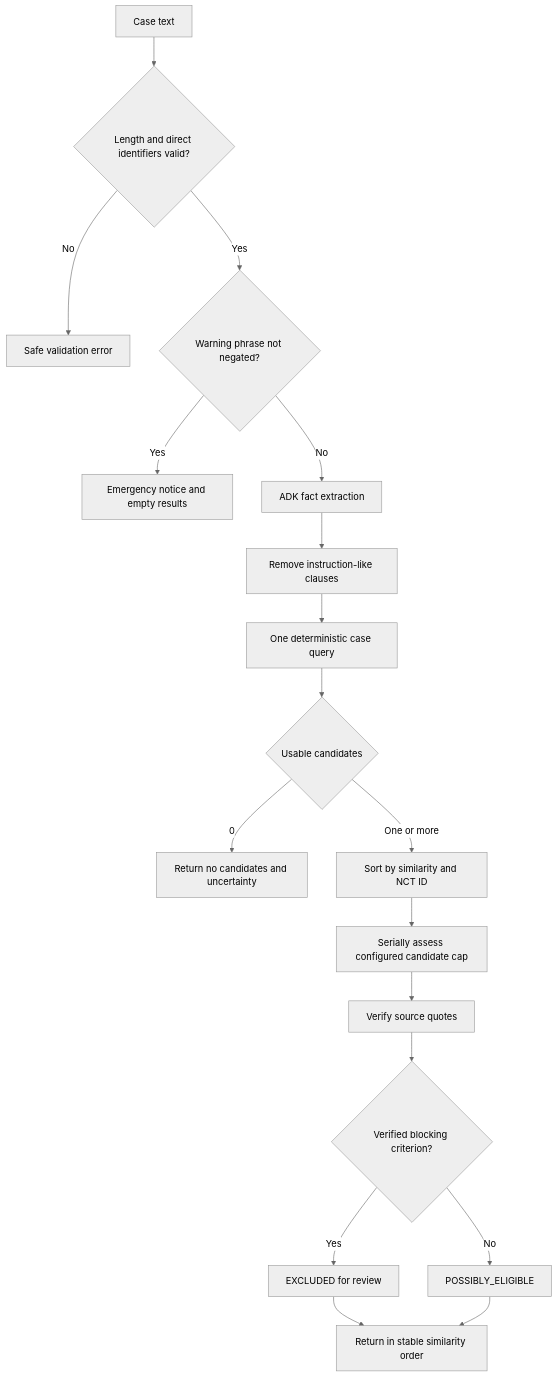
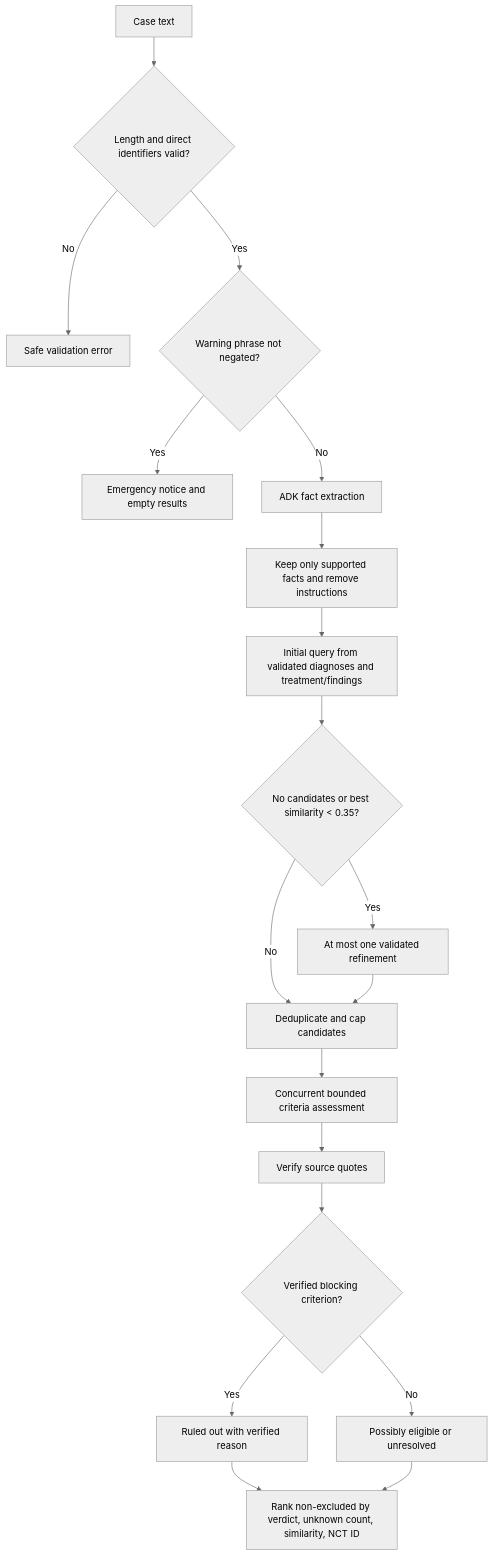
Before and after one commit to Aditya190704/CLINICAL-TRIAL-RAG-: the third of 5 diagrams in ARCHITECTURE.md, drawn with Mermaid (neutral theme). The commit also changed other lines of this file and 34 other files, not shown here.

````diff
--- a/ARCHITECTURE.md
+++ b/ARCHITECTURE.md
@@ -100,20 +108,21 @@
 ```mermaid
 flowchart TD
     CASE[Case text] --> VALID{Length and direct identifiers valid?}
     VALID -->|No| ERROR[Safe validation error]
     VALID -->|Yes| URGENT{Warning phrase not negated?}
     URGENT -->|Yes| NOTICE[Emergency notice and empty results]
     URGENT -->|No| EXTRACT[ADK fact extraction]
-    EXTRACT --> SANITIZE[Remove instruction-like clauses]
-    SANITIZE --> SEARCH[One deterministic case query]
-    SEARCH --> COUNT{Usable candidates}
-    COUNT -->|0| EMPTY[Return no candidates and uncertainty]
-    COUNT -->|One or more| ORDER[Sort by similarity and NCT ID]
-    ORDER --> ASSESS[Serially assess configured candidate cap]
+    EXTRACT --> SANITIZE[Keep only supported facts and remove instructions]
+    SANITIZE --> SEARCH[Initial query from validated diagnoses and treatment/findings]
+    SEARCH --> QUALITY{No candidates or best similarity < 0.35?}
+    QUALITY -->|Yes| REFINE[At most one validated refinement]
+    QUALITY -->|No| CAP[Deduplicate and cap candidates]
+    REFINE --> CAP
+    CAP --> ASSESS[Concurrent bounded criteria assessment]
     ASSESS --> VERIFY[Verify source quotes]
     VERIFY --> BLOCK{Verified blocking criterion?}
-    BLOCK -->|Yes| EXCLUDED[EXCLUDED for review]
-    BLOCK -->|No| POSSIBLE[POSSIBLY_ELIGIBLE]
-    EXCLUDED --> RANK[Return in stable similarity order]
+    BLOCK -->|Yes| EXCLUDED[Ruled out with verified reason]
+    BLOCK -->|No| POSSIBLE[Possibly eligible or unresolved]
+    EXCLUDED --> RANK[Rank non-excluded by verdict, unknown count, similarity, NCT ID]
     POSSIBLE --> RANK
 ```
````
